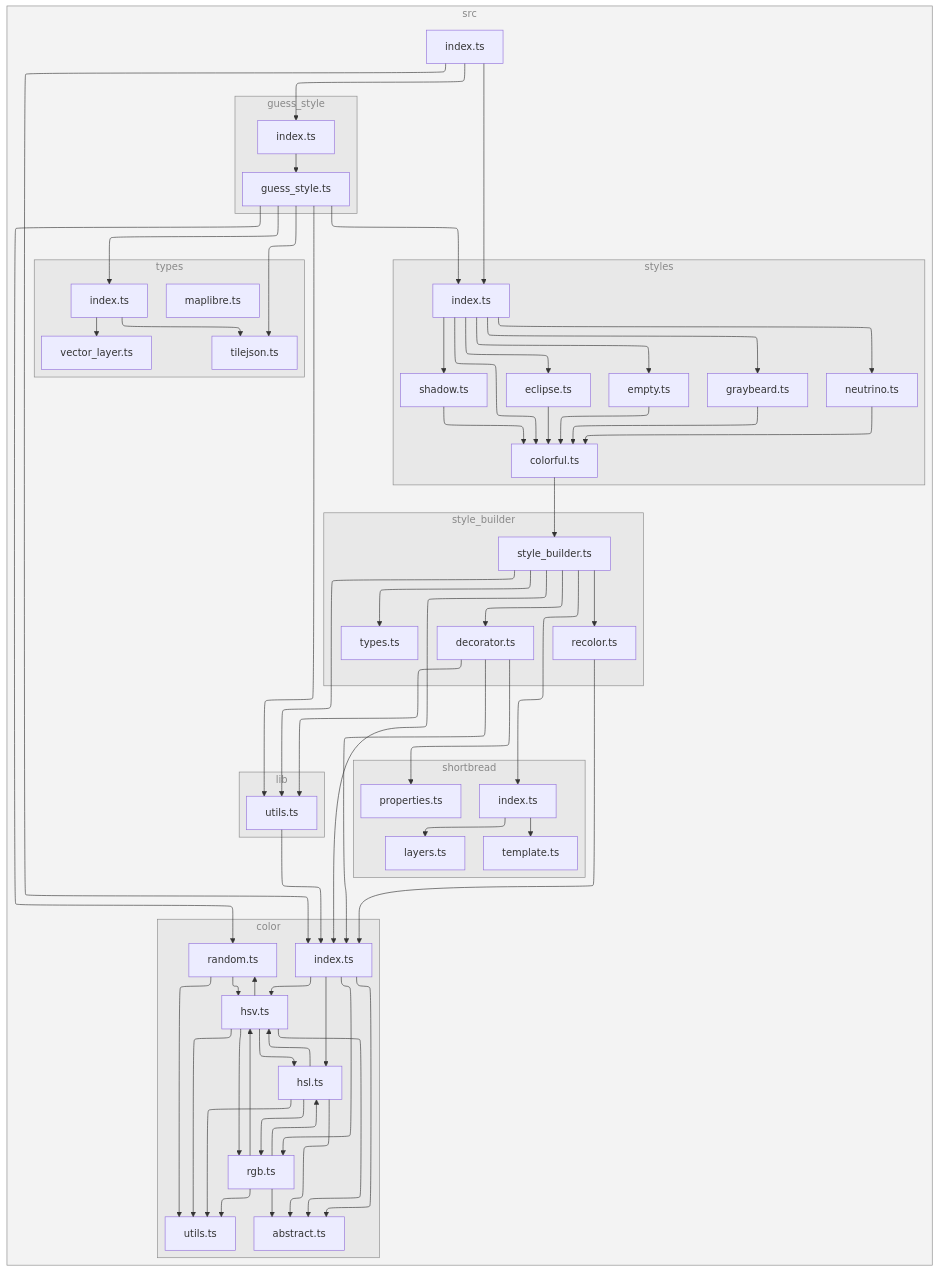
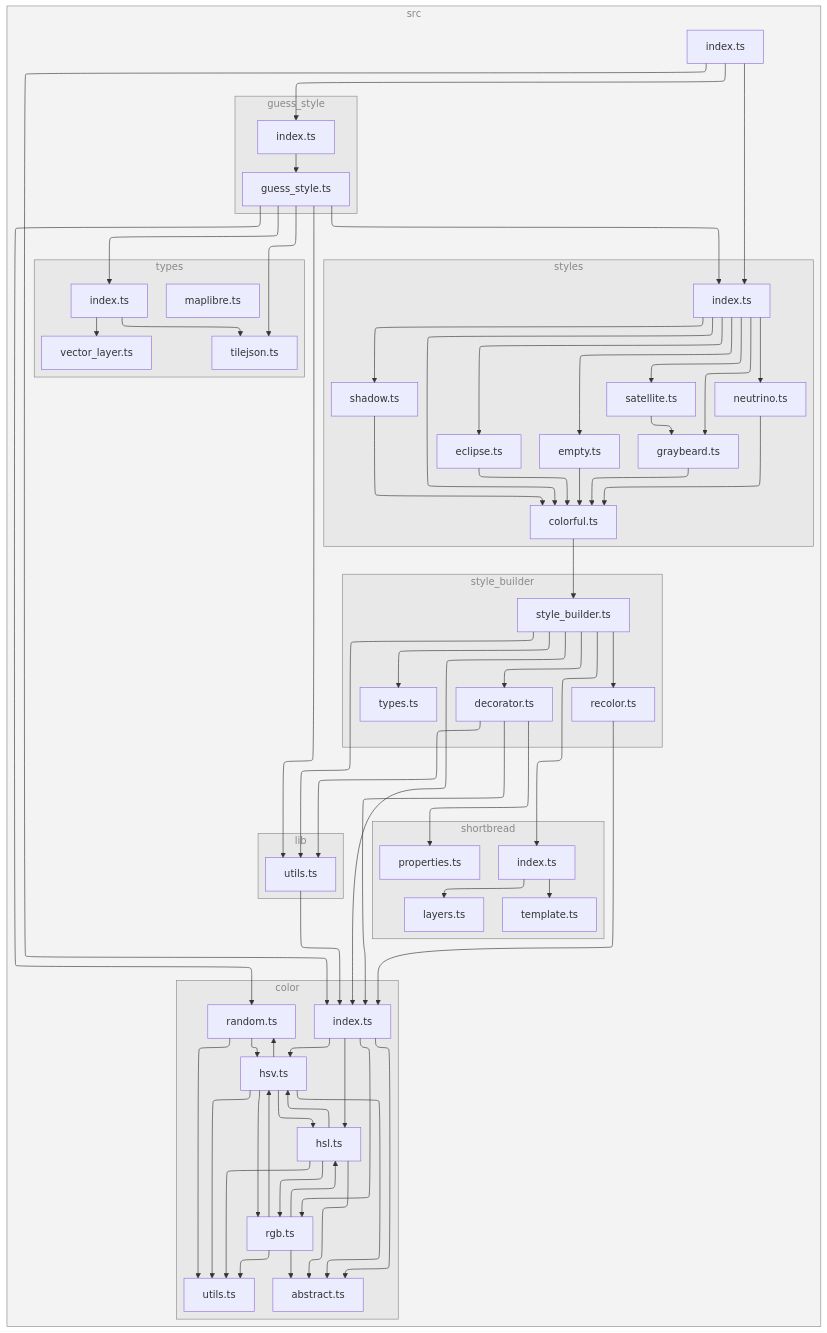
The diagram in README.md (versatiles-org/versatiles-style), drawn with Mermaid before and after one commit. The commit also changed 7 other files, not shown here.

````diff
--- a/README.md
+++ b/README.md
@@ -159,7 +159,7 @@
 end
 subgraph 9["guess_style"]
 A["guess_style.ts"]
-Z["index.ts"]
+10["index.ts"]
 end
 subgraph B["lib"]
 C["utils.ts"]
@@ -171,7 +171,8 @@
 R["empty.ts"]
 S["graybeard.ts"]
 T["neutrino.ts"]
-U["shadow.ts"]
+U["satellite.ts"]
+V["shadow.ts"]
 end
 subgraph G["style_builder"]
 H["style_builder.ts"]
@@ -185,13 +186,13 @@
 L["template.ts"]
 N["properties.ts"]
 end
-subgraph V["types"]
-W["index.ts"]
-X["tilejson.ts"]
-Y["vector_layer.ts"]
-11["maplibre.ts"]
+subgraph W["types"]
+X["index.ts"]
+Y["tilejson.ts"]
+Z["vector_layer.ts"]
+12["maplibre.ts"]
 end
-10["index.ts"]
+11["index.ts"]
 end
 3-->2
 3-->4
@@ -215,8 +216,8 @@
 A-->5
 A-->C
 A-->E
-A-->W
 A-->X
+A-->Y
 C-->8
 E-->F
 E-->Q
@@ -224,6 +225,7 @@
 E-->S
 E-->T
 E-->U
+E-->V
 F-->H
 H-->8
 H-->C
@@ -241,14 +243,15 @@
 R-->F
 S-->F
 T-->F
-U-->F
-W-->X
-W-->Y
-Z-->A
-10-->8
-10-->Z
-10-->E
+U-->S
+V-->F
+X-->Y
+X-->Z
+10-->A
+11-->8
+11-->10
+11-->E
 
-class 0,1,9,B,D,G,I,V subgraphs;
+class 0,1,9,B,D,G,I,W subgraphs;
 classDef subgraphs fill-opacity:0.1, fill:#888, color:#888, stroke:#888;
 ```
````
